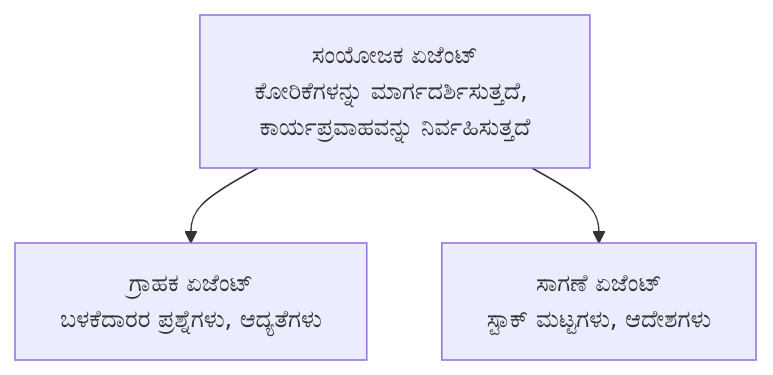
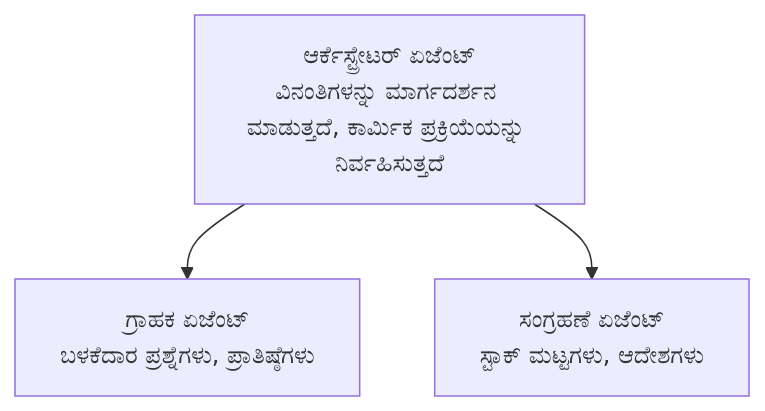
The diagram in translations/kn/docs/chapter-05-multi-agent/README.md (microsoft/AZD-for-beginners), drawn with Mermaid before and after one commit. The commit also changed other lines of this file and 101 other files, not shown here.

````diff
--- a/translations/kn/docs/chapter-05-multi-agent/README.md
+++ b/translations/kn/docs/chapter-05-multi-agent/README.md
@@ -50,5 +52,5 @@
 ```mermaid
 graph TD
-    Orchestrator[ಸಂಯೋಜಕ ಏಜೆಂಟ್<br/>ಕೋರಿಕೆಗಳನ್ನು ಮಾರ್ಗದರ್ಶಿಸುತ್ತದೆ, ಕಾರ್ಯಪ್ರವಾಹವನ್ನು ನಿರ್ವಹಿಸುತ್ತದೆ] --> Customer[ಗ್ರಾಹಕ ಏಜೆಂಟ್<br/>ಬಳಕೆದಾರರ ಪ್ರಶ್ನೆಗಳು, ಆದ್ಯತೆಗಳು]
-    Orchestrator --> Inventory[ಸಾಗಣೆ ಏಜೆಂಟ್<br/>ಸ್ಟಾಕ್ ಮಟ್ಟಗಳು, ಆದೇಶಗಳು]
+    Orchestrator[ಆರ್ಕೆಸ್ಟ್ರೇಟರ್ ಏಜೆಂಟ್<br/>ವಿನಂತಿಗಳನ್ನು ಮಾರ್ಗದರ್ಶನ ಮಾಡುತ್ತದೆ, ಕಾರ್ಮಿಕ ಪ್ರಕ್ರಿಯೆಯನ್ನು ನಿರ್ವಹಿಸುತ್ತದೆ] --> Customer[ಗ್ರಾಹಕ ಏಜೆಂಟ್<br/>ಬಳಕೆದಾರ ಪ್ರಶ್ನೆಗಳು, ಪ್ರಾತಿಷ್ಠೆಗಳು]
+    Orchestrator --> Inventory[ಸಂಗ್ರಹಣೆ ಏಜೆಂಟ್<br/>ಸ್ಟಾಕ್ ಮಟ್ಟಗಳು, ಆದೇಶಗಳು]
 ```
````
